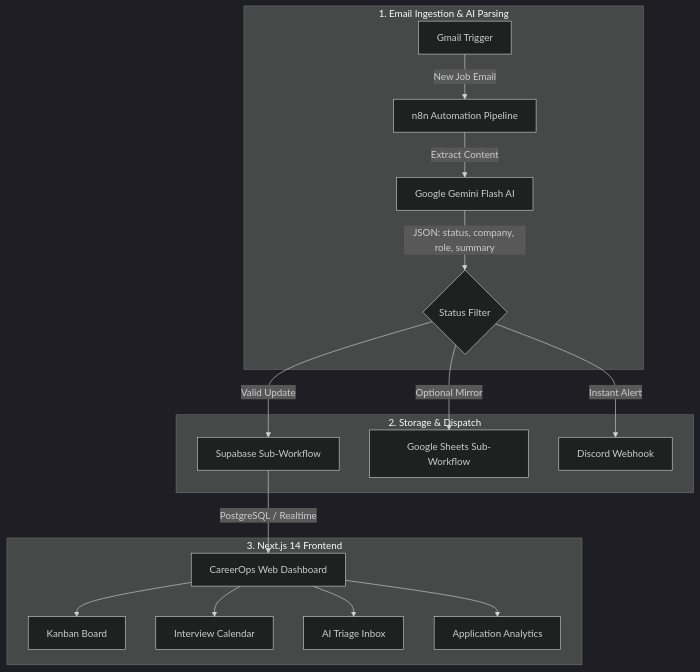
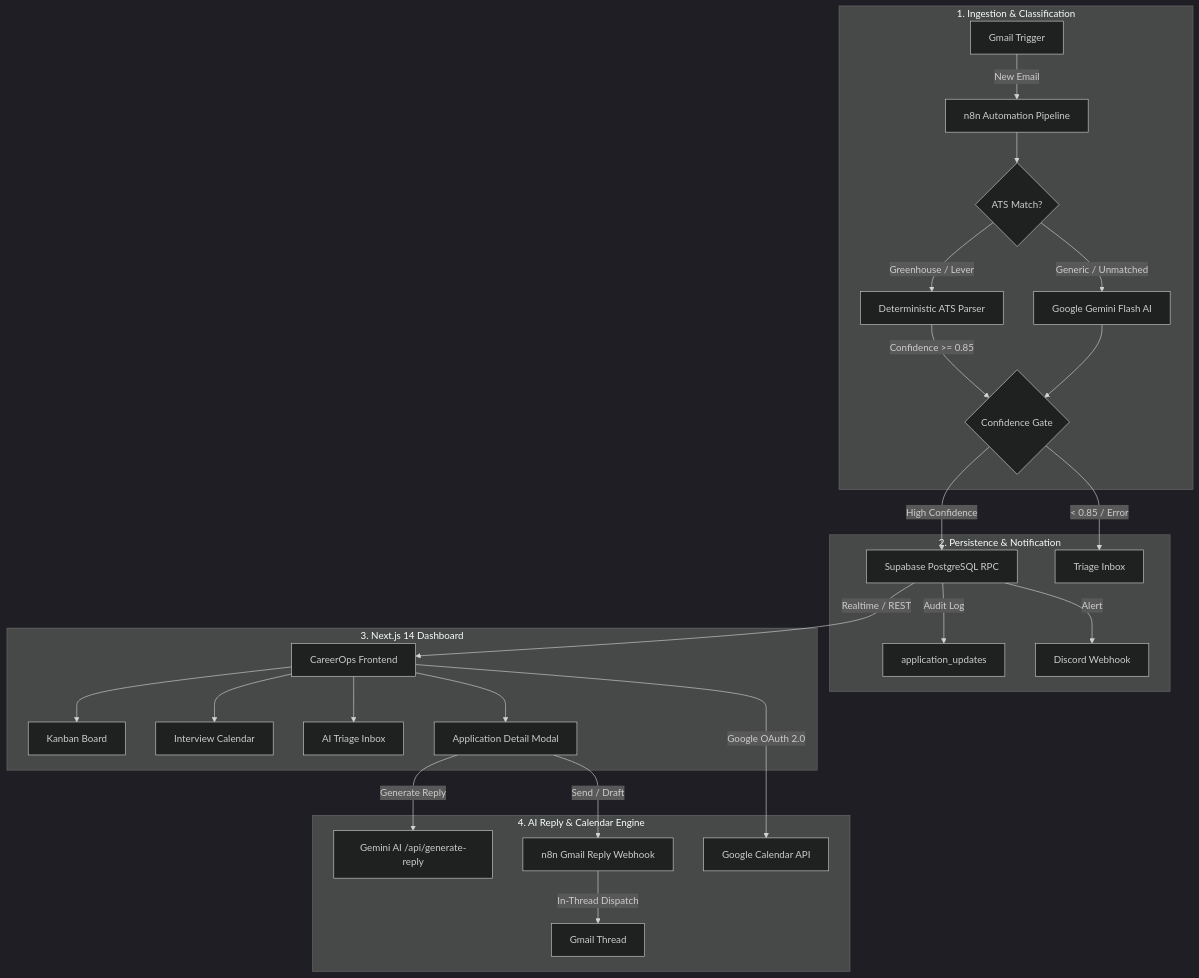
Before and after one commit to xavierzaidane/jobtracker-ai: the diagram in README.md, drawn with Mermaid (dark theme). The commit also changed other lines of this file, not shown here.

````diff
--- a/README.md
+++ b/README.md
@@ -75,22 +121,33 @@
 ```mermaid
 flowchart TD
-    subgraph Ingestion ["1. Email Ingestion & AI Parsing"]
-        A[Gmail Trigger] -->|New Job Email| B[n8n Automation Pipeline]
-        B -->|Extract Content| C[Google Gemini Flash AI]
-        C -->|JSON: status, company, role, summary| D{Status Filter}
+    subgraph Ingestion ["1. Ingestion & Classification"]
+        A[Gmail Trigger] -->|New Email| B[n8n Automation Pipeline]
+        B --> C{ATS Match?}
+        C -->|Greenhouse / Lever| D[Deterministic ATS Parser]
+        C -->|Generic / Unmatched| E[Google Gemini Flash AI]
+        D -->|Confidence >= 0.85| F{Confidence Gate}
+        E --> F
     end
 
-    subgraph Storage ["2. Storage & Dispatch"]
-        D -->|Valid Update| E[Supabase Sub-Workflow]
-        D -->|Optional Mirror| F[Google Sheets Sub-Workflow]
-        D -->|Instant Alert| G[Discord Webhook]
+    subgraph Storage ["2. Persistence & Notification"]
+        F -->|High Confidence| G[Supabase PostgreSQL RPC]
+        F -->|< 0.85 / Error| H[Triage Inbox]
+        G -->|Audit Log| I[application_updates]
+        G -->|Alert| J[Discord Webhook]
     end
 
-    subgraph Presentation ["3. Next.js 14 Frontend"]
-        E -->|PostgreSQL / Realtime| H[CareerOps Web Dashboard]
-        H --> I[Kanban Board]
-        H --> J[Interview Calendar]
-        H --> K[AI Triage Inbox]
-        H --> L[Application Analytics]
+    subgraph Frontend ["3. Next.js 14 Dashboard"]
+        G -->|Realtime / REST| K[CareerOps Frontend]
+        K --> L[Kanban Board]
+        K --> M[Interview Calendar]
+        K --> N[AI Triage Inbox]
+        K --> O[Application Detail Modal]
+    end
+
+    subgraph ReplyAssistant ["4. AI Reply & Calendar Engine"]
+        O -->|Generate Reply| P[Gemini AI /api/generate-reply]
+        O -->|Send / Draft| Q[n8n Gmail Reply Webhook]
+        Q -->|In-Thread Dispatch| R[Gmail Thread]
+        K -->|Google OAuth 2.0| S[Google Calendar API]
     end
 ```
````
